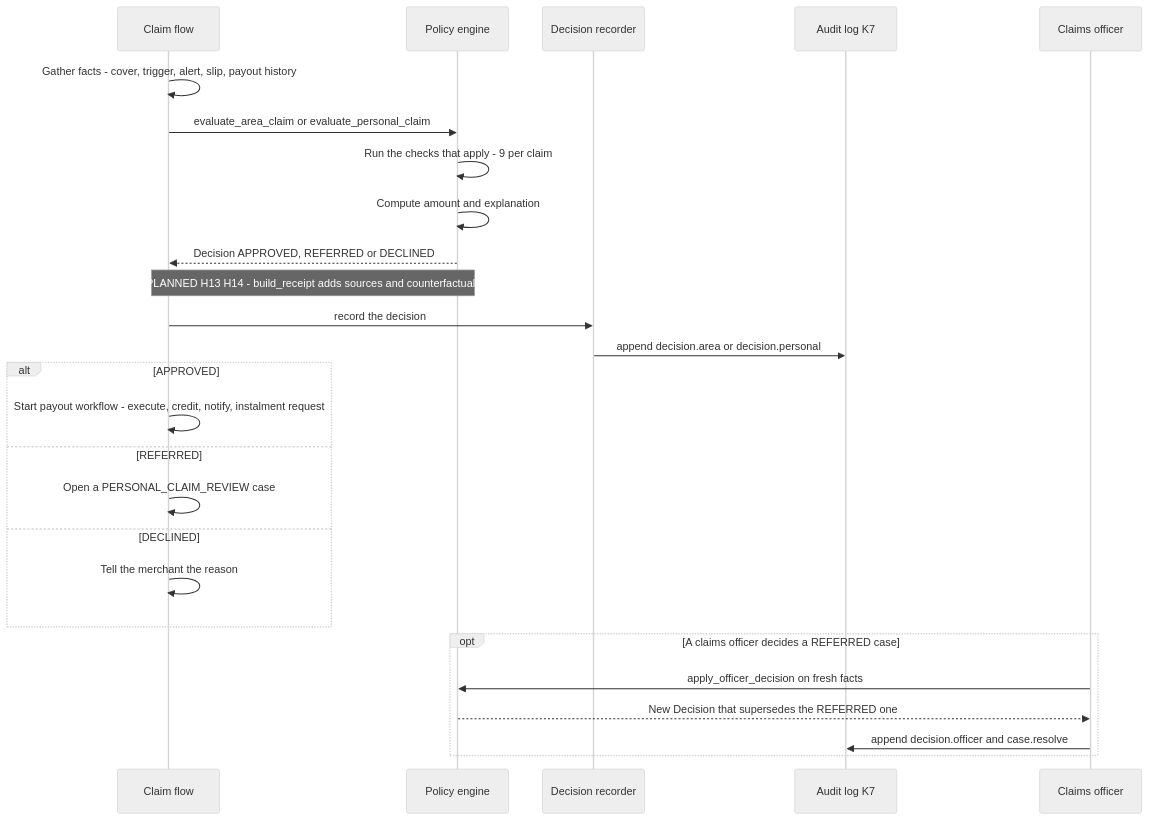
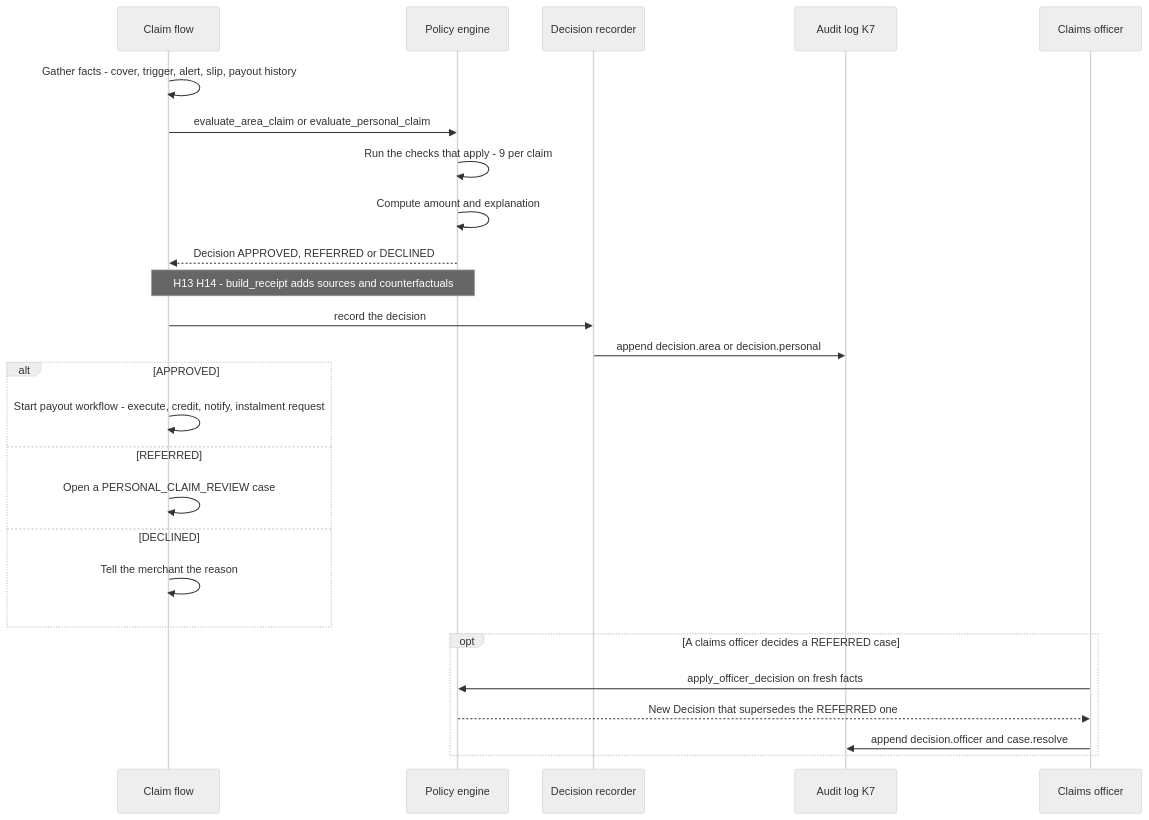
The first of 2 diagrams in docs/02-product/feature-specs/fs-09-policy-engine-and-audit.md (UjjwalPardeshi/Chhatri), drawn with Mermaid (neutral theme) before and after one commit. The commit also changed other lines of this file and 34 other files, not shown here.

````diff
--- a/docs/02-product/feature-specs/fs-09-policy-engine-and-audit.md
+++ b/docs/02-product/feature-specs/fs-09-policy-engine-and-audit.md
@@ -95,28 +95,28 @@
 ```mermaid
 sequenceDiagram
   participant Flow as Claim flow
   participant Engine as Policy engine
   participant Rec as Decision recorder
   participant Audit as Audit log K7
   participant Officer as Claims officer
   Flow->>Flow: Gather facts - cover, trigger, alert, slip, payout history
   Flow->>Engine: evaluate_area_claim or evaluate_personal_claim
   Engine->>Engine: Run the checks that apply - 9 per claim
   Engine->>Engine: Compute amount and explanation
   Engine-->>Flow: Decision APPROVED, REFERRED or DECLINED
-  Note over Flow,Engine: PLANNED H13 H14 - build_receipt adds sources and counterfactuals
+  Note over Flow,Engine: H13 H14 - build_receipt adds sources and counterfactuals
   Flow->>Rec: record the decision
   Rec->>Audit: append decision.area or decision.personal
   alt APPROVED
     Flow->>Flow: Start payout workflow - execute, credit, notify, instalment request
   else REFERRED
     Flow->>Flow: Open a PERSONAL_CLAIM_REVIEW case
   else DECLINED
     Flow->>Flow: Tell the merchant the reason
   end
   opt A claims officer decides a REFERRED case
     Officer->>Engine: apply_officer_decision on fresh facts
     Engine-->>Officer: New Decision that supersedes the REFERRED one
     Officer->>Audit: append decision.officer and case.resolve
   end
 ```
````
